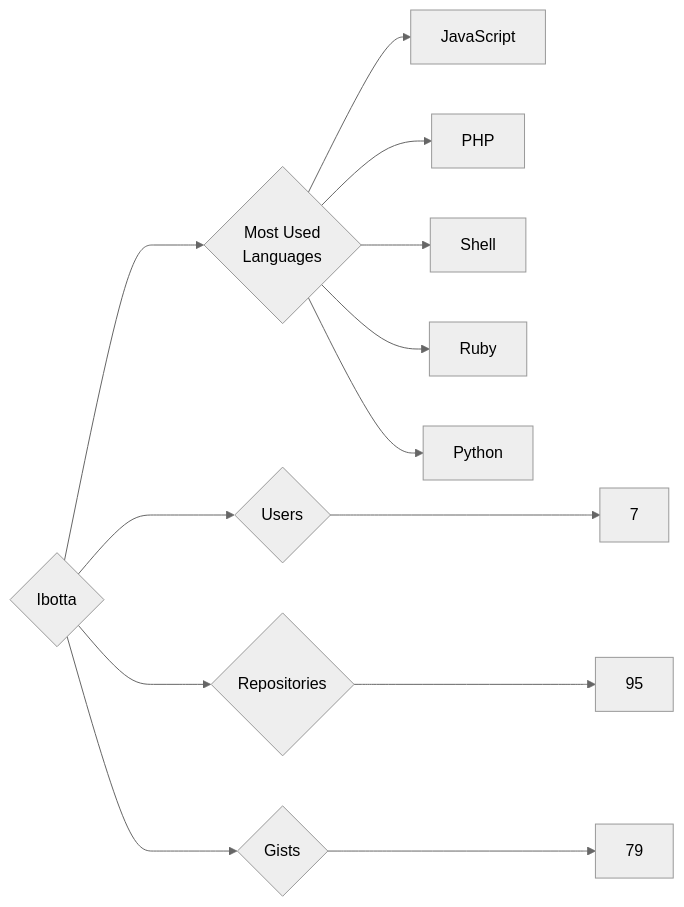
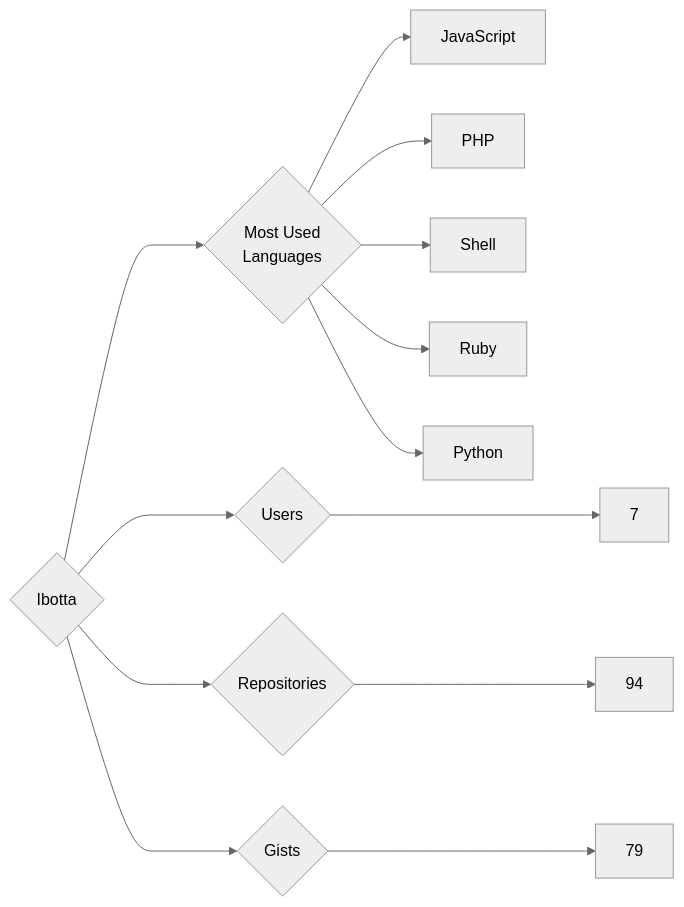
Before and after one commit to trickest/insiders: the diagram in targets/Ibotta/README.md, drawn with Mermaid (neutral theme). The commit also changed 944 other files, not shown here.

````diff
--- a/targets/Ibotta/README.md
+++ b/targets/Ibotta/README.md
@@ -3,13 +3,13 @@
 ```mermaid
 graph LR
 COMPANY_NAME{Ibotta}
 COMPANY_NAME ---> U{Users} ---> UN[7]
-COMPANY_NAME ---> R{Repositories} ---> RN[95]
+COMPANY_NAME ---> R{Repositories} ---> RN[94]
 COMPANY_NAME ---> G{Gists} ---> GN[79]
 COMPANY_NAME ---> ML{Most Used<br>Languages}
 ML --> JavaScript[JavaScript]
 ML --> PHP[PHP]
 ML --> Shell[Shell]
 ML --> Ruby[Ruby]
 ML --> Python[Python]
 ```
````
